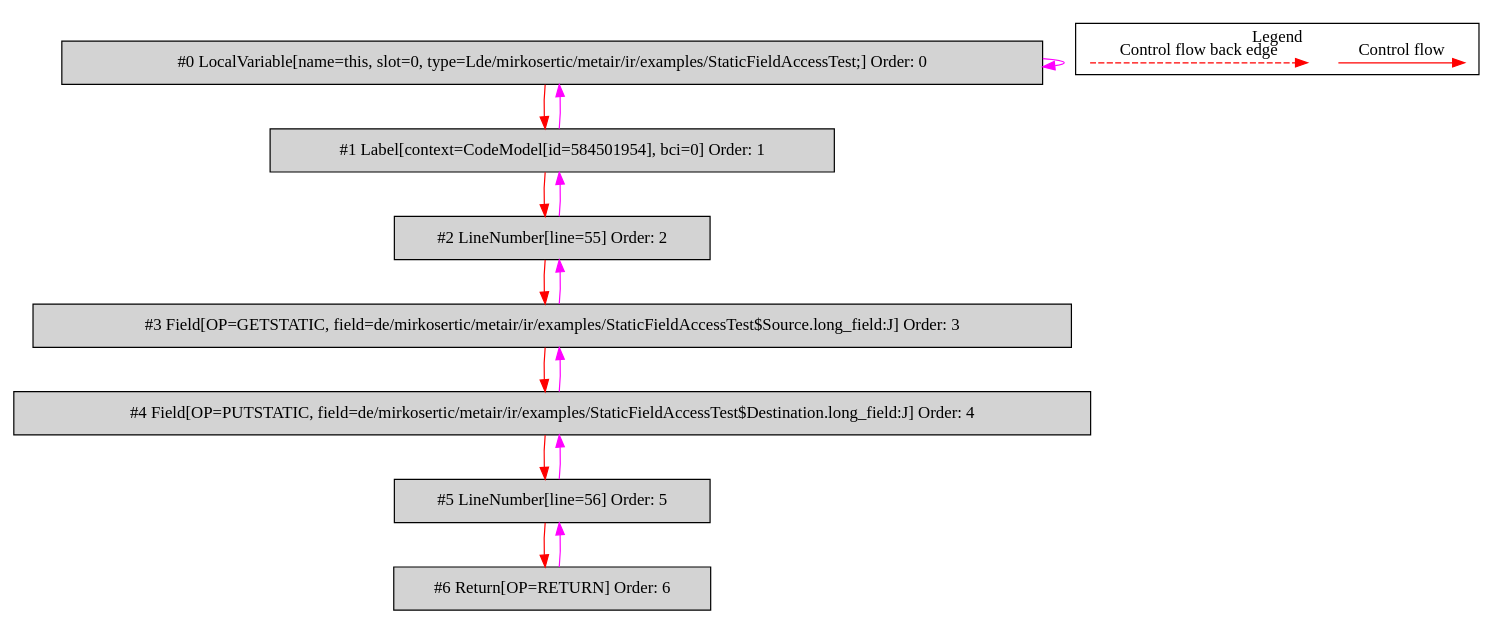
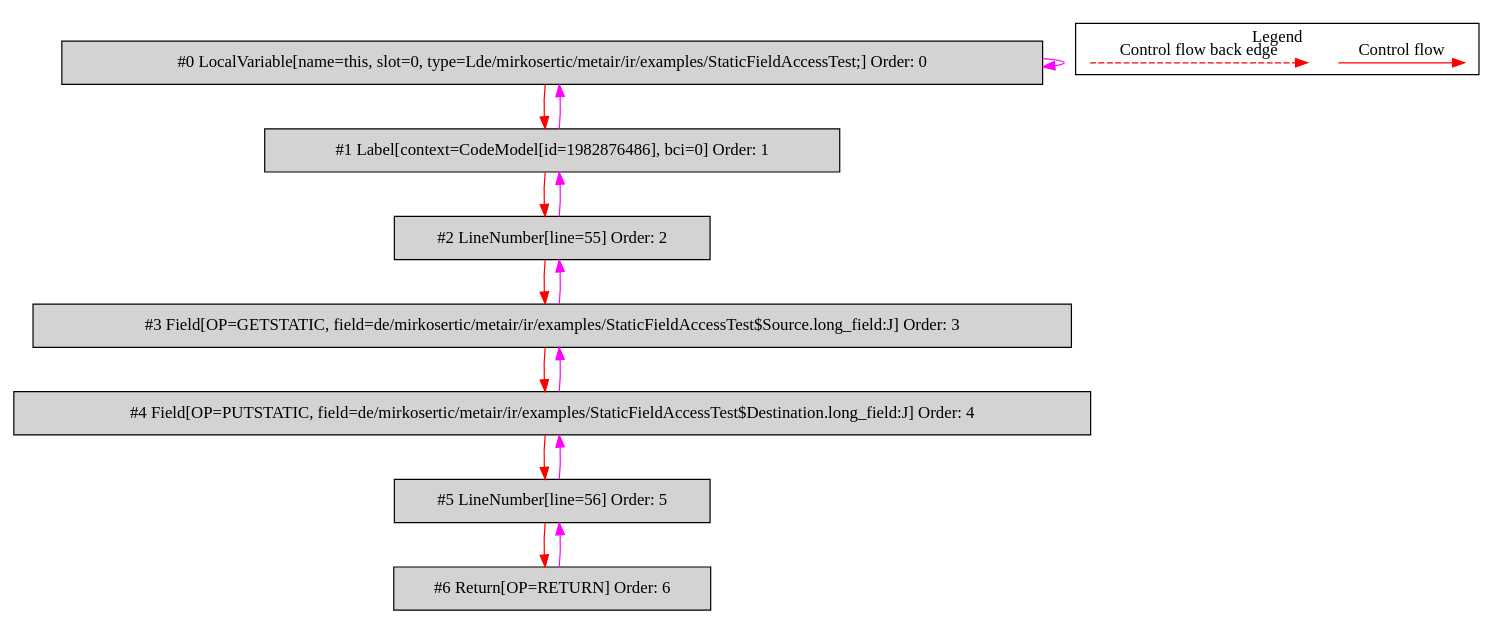
Before and after one commit to mirkosertic/MetaIR: the diagram in de.mirkosertic.metair.ir.examples.StaticFieldAccessTest/copy_long/bytecodecfg.dot, drawn with Graphviz. The commit also changed 510 other files, not shown here.

```diff
--- a/de.mirkosertic.metair.ir.examples.StaticFieldAccessTest/copy_long/bytecodecfg.dot
+++ b/de.mirkosertic.metair.ir.examples.StaticFieldAccessTest/copy_long/bytecodecfg.dot
@@ -1,37 +1,37 @@
 digraph {
  ordering="in";
  node0[label="#0 LocalVariable[name=this, slot=0, type=Lde/mirkosertic/metair/ir/examples/StaticFieldAccessTest;] Order: 0", shape=box, fillcolor=lightgrey, style=filled];
- node1[label="#1 Label[context=CodeModel[id=584501954], bci=0] Order: 1", shape=box, fillcolor=lightgrey, style=filled];
+ node1[label="#1 Label[context=CodeModel[id=1982876486], bci=0] Order: 1", shape=box, fillcolor=lightgrey, style=filled];
  node2[label="#2 LineNumber[line=55] Order: 2", shape=box, fillcolor=lightgrey, style=filled];
  node3[label="#3 Field[OP=GETSTATIC, field=de/mirkosertic/metair/ir/examples/StaticFieldAccessTest$Source.long_field:J] Order: 3", shape=box, fillcolor=lightgrey, style=filled];
  node4[label="#4 Field[OP=PUTSTATIC, field=de/mirkosertic/metair/ir/examples/StaticFieldAccessTest$Destination.long_field:J] Order: 4", shape=box, fillcolor=lightgrey, style=filled];
  node5[label="#5 LineNumber[line=56] Order: 5", shape=box, fillcolor=lightgrey, style=filled];
  node6[label="#6 Return[OP=RETURN] Order: 6", shape=box, fillcolor=lightgrey, style=filled];
  node0 -> node0[color=fuchsia];
  node0 -> node1[color=red];
  node1 -> node0[color=fuchsia];
  node1 -> node2[color=red];
  node2 -> node1[color=fuchsia];
  node2 -> node3[color=red];
  node3 -> node2[color=fuchsia];
  node3 -> node4[color=red];
  node4 -> node3[color=fuchsia];
  node4 -> node5[color=red];
  node5 -> node4[color=fuchsia];
  node5 -> node6[color=red];
  node6 -> node5[color=fuchsia];
  subgraph cluster_000 {
   label = "Legend";
   node [shape=point]
   {
    rank=same;
    c0 [style = invis];
    c1 [style = invis];
    c2 [style = invis];
    c3 [style = invis];
   }
   c0 -> c1 [label="Control flow", style=solid, color=red]
   c2 -> c3 [label="Control flow back edge", style=dashed, color=red]
  }
 
 }
```
